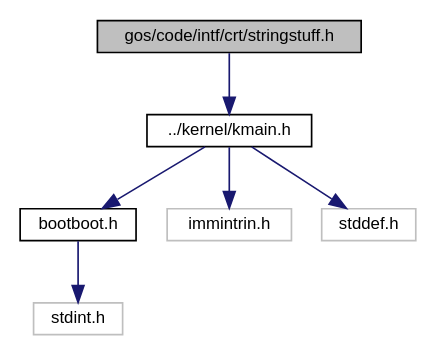
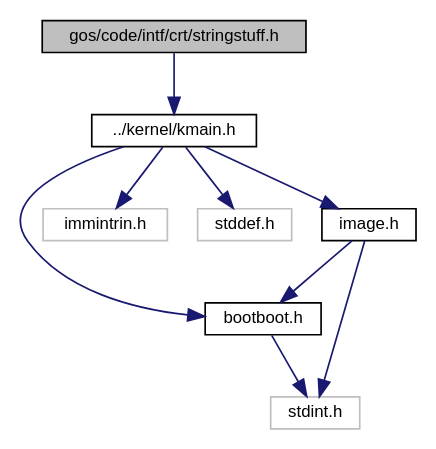
One commit to jrbuchanan02/garbage-os changed the diagram in docs/stringstuff_8h__incl.dot. Above: the diagram before and after it, drawn with Graphviz. The commit also changed 53 other files, not shown here.

```diff
--- a/docs/stringstuff_8h__incl.dot
+++ b/docs/stringstuff_8h__incl.dot
@@ -1,18 +1,22 @@
 digraph "gos/code/intf/crt/stringstuff.h"
 {
  // INTERACTIVE_SVG=YES
  // LATEX_PDF_SIZE
   edge [fontname="Helvetica",fontsize="10",labelfontname="Helvetica",labelfontsize="10"];
   node [fontname="Helvetica",fontsize="10",shape=record];
   Node1 [label="gos/code/intf/crt/stringstuff.h",height=0.2,width=0.4,color="black", fillcolor="grey75", style="filled", fontcolor="black",tooltip="Everything to do with strings."];
   Node1 -> Node2 [color="midnightblue",fontsize="10",style="solid",fontname="Helvetica"];
   Node2 [label="../kernel/kmain.h",height=0.2,width=0.4,color="black", fillcolor="white", style="filled",URL="$kmain_8h.html",tooltip="File for what we include in the kmain.c file."];
   Node2 -> Node3 [color="midnightblue",fontsize="10",style="solid",fontname="Helvetica"];
   Node3 [label="bootboot.h",height=0.2,width=0.4,color="black", fillcolor="white", style="filled",URL="$bootboot_8h_source.html",tooltip=" "];
   Node3 -> Node4 [color="midnightblue",fontsize="10",style="solid",fontname="Helvetica"];
   Node4 [label="stdint.h",height=0.2,width=0.4,color="grey75", fillcolor="white", style="filled",tooltip=" "];
   Node2 -> Node5 [color="midnightblue",fontsize="10",style="solid",fontname="Helvetica"];
   Node5 [label="immintrin.h",height=0.2,width=0.4,color="grey75", fillcolor="white", style="filled",tooltip=" "];
   Node2 -> Node6 [color="midnightblue",fontsize="10",style="solid",fontname="Helvetica"];
   Node6 [label="stddef.h",height=0.2,width=0.4,color="grey75", fillcolor="white", style="filled",tooltip=" "];
+  Node2 -> Node7 [color="midnightblue",fontsize="10",style="solid",fontname="Helvetica"];
+  Node7 [label="image.h",height=0.2,width=0.4,color="black", fillcolor="white", style="filled",URL="$image_8h.html",tooltip="Draws images and stuff."];
+  Node7 -> Node4 [color="midnightblue",fontsize="10",style="solid",fontname="Helvetica"];
+  Node7 -> Node3 [color="midnightblue",fontsize="10",style="solid",fontname="Helvetica"];
 }
```
